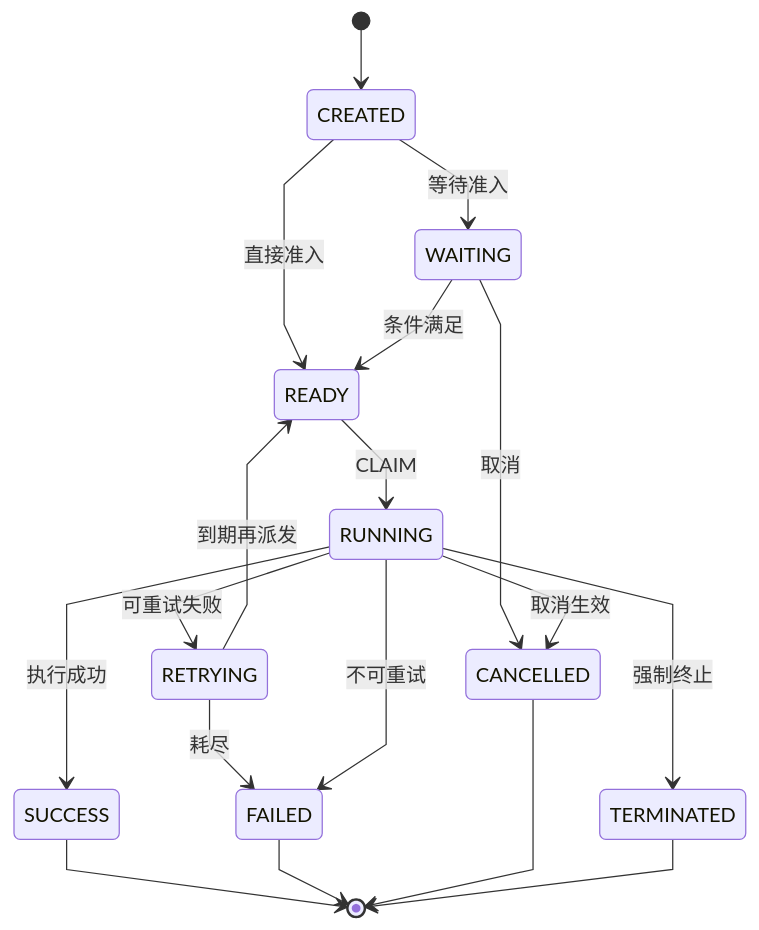
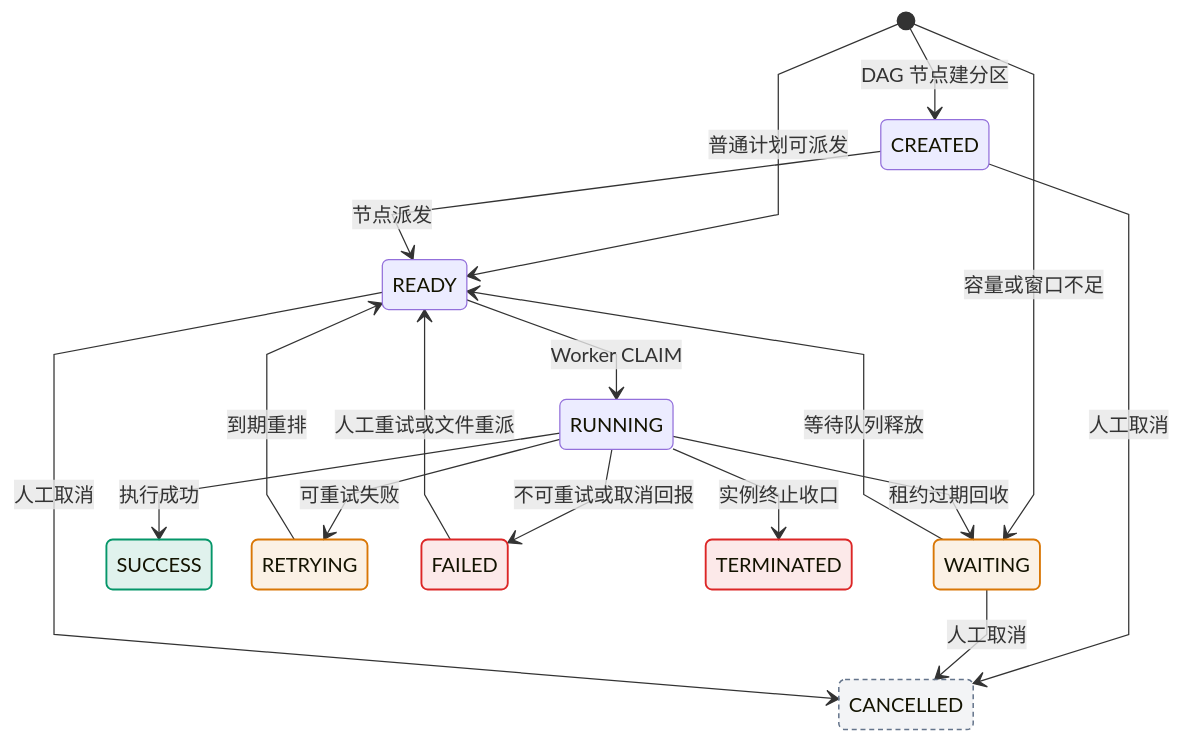
Diagram 19 of 23 in docs/architecture/system-flow-overview.md (pinpols/file-batch-system), drawn with Mermaid before and after one commit. The commit also changed other lines of this file and 11 other files, not shown here.

First line of the commit message:
docs(diagram): P2 文档图按图例统一并按源码核对状态机 (#1383)

````diff
--- a/docs/architecture/system-flow-overview.md
+++ b/docs/architecture/system-flow-overview.md
@@ -659,21 +700,29 @@
 ```mermaid
 %%{init: {"flowchart":{"curve":"linear","nodeSpacing":32,"rankSpacing":48},"sequence":{"mirrorActors":false}}}%%
 stateDiagram-v2
-  [*] --> CREATED
-  CREATED --> WAITING: 等待准入
-  CREATED --> READY: 直接准入
-  WAITING --> READY: 条件满足
-  READY --> RUNNING: CLAIM
+  direction TB
+  [*] --> CREATED: DAG 节点建分区
+  [*] --> READY: 普通计划可派发
+  [*] --> WAITING: 容量或窗口不足
+  CREATED --> READY: 节点派发
+  WAITING --> READY: 等待队列释放
+  READY --> RUNNING: Worker CLAIM
+  RUNNING --> WAITING: 租约过期回收
   RUNNING --> SUCCESS: 执行成功
   RUNNING --> RETRYING: 可重试失败
-  RETRYING --> READY: 到期再派发
-  RETRYING --> FAILED: 耗尽
-  RUNNING --> FAILED: 不可重试
-  WAITING --> CANCELLED: 取消
-  RUNNING --> CANCELLED: 取消生效
-  RUNNING --> TERMINATED: 强制终止
-  SUCCESS --> [*]
-  FAILED --> [*]
-  CANCELLED --> [*]
-  TERMINATED --> [*]
+  RUNNING --> FAILED: 不可重试或取消回报
+  RETRYING --> READY: 到期重排
+  CREATED --> CANCELLED: 人工取消
+  WAITING --> CANCELLED: 人工取消
+  READY --> CANCELLED: 人工取消
+  RUNNING --> TERMINATED: 实例终止收口
+  FAILED --> READY: 人工重试或文件重派
+  class SUCCESS ok
+  class FAILED,TERMINATED fail
+  class WAITING,RETRYING wait
+  class CANCELLED muted
+  classDef ok fill:#0596691f,stroke:#059669,stroke-width:1.5px
+  classDef fail fill:#dc26261a,stroke:#dc2626,stroke-width:1.5px
+  classDef wait fill:#d977061a,stroke:#d97706,stroke-width:1.5px
+  classDef muted fill:#64748b14,stroke:#64748b,stroke-width:1.2px,stroke-dasharray:4 3
 ```
````
